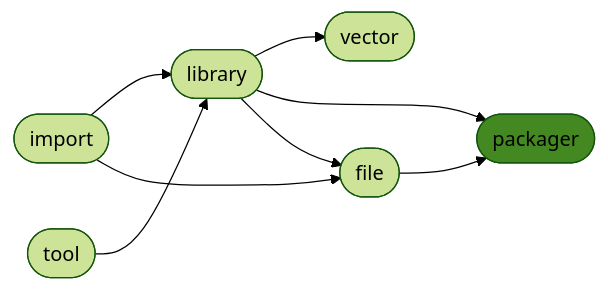
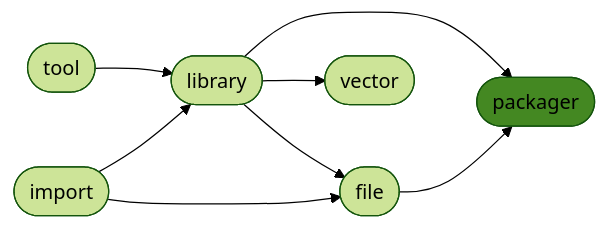
Before and after one commit to ManderaGeneral/generalpackager: the diagram in README.md, drawn with Mermaid (forest theme). The commit also changed other lines of this file, not shown here.

````diff
--- a/README.md
+++ b/README.md
@@ -24,17 +24,17 @@
 ```mermaid
 flowchart LR
+2([library]) --> 4([vector])
+1([tool]) --> 2([library])
+2([library]) --> 5([packager])
 0([import]) --> 2([library])
-0([import]) --> 3([file])
-2([library]) --> 4([vector])
-2([library]) --> 5([packager])
-1([tool]) --> 2([library])
 3([file]) --> 5([packager])
 2([library]) --> 3([file])
+0([import]) --> 3([file])
 click 0 "https://github.com/ManderaGeneral/generalimport"
 click 1 "https://github.com/ManderaGeneral/generaltool"
 click 2 "https://github.com/ManderaGeneral/generallibrary"
 click 3 "https://github.com/ManderaGeneral/generalfile"
 click 4 "https://github.com/ManderaGeneral/generalvector"
 click 5 "https://github.com/ManderaGeneral/generalpackager"
 style 5 fill:#482
 ```
````
